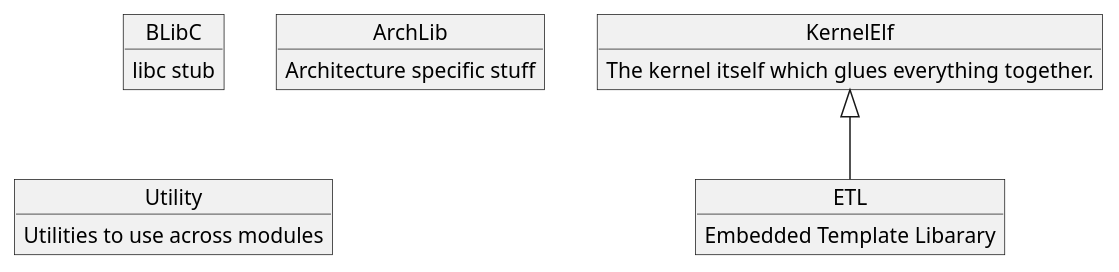
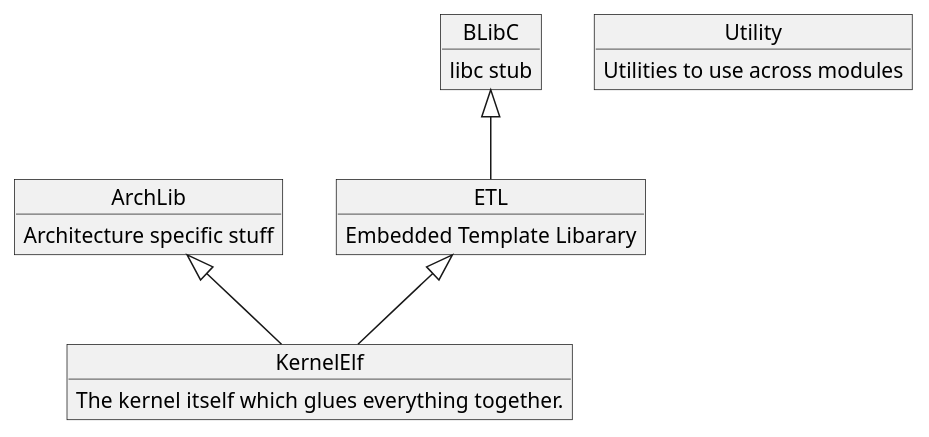
The diagram in Docs/ModuleDiagram.puml (cbladt/BladtOS), drawn with PlantUML before and after one commit.

```diff
--- a/Docs/ModuleDiagram.puml
+++ b/Docs/ModuleDiagram.puml
@@ -1,20 +1,23 @@
 @startuml
 
 object KernelElf
 KernelElf : The kernel itself which glues everything together.
 
 object BLibC
 BLibC : libc stub
 
 object ArchLib
 ArchLib : Architecture specific stuff
 
 object Utility
 Utility : Utilities to use across modules
 
 object ETL
 ETL : Embedded Template Libarary
 
-KernelElf <|-- ETL
+BLibC <|-- ETL
+
+ArchLib <|-- KernelElf
+ETL <|-- KernelElf
 
 @enduml
```
